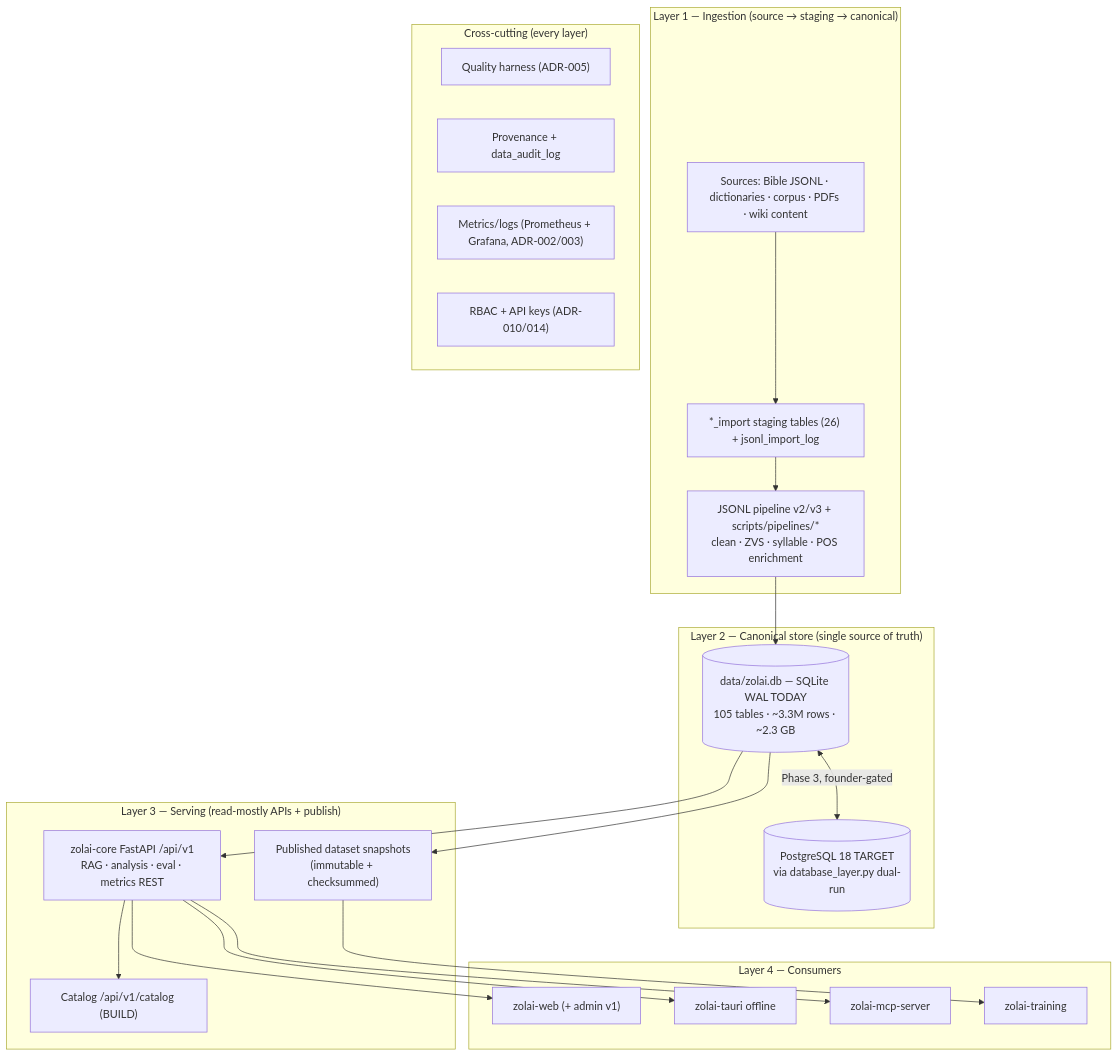
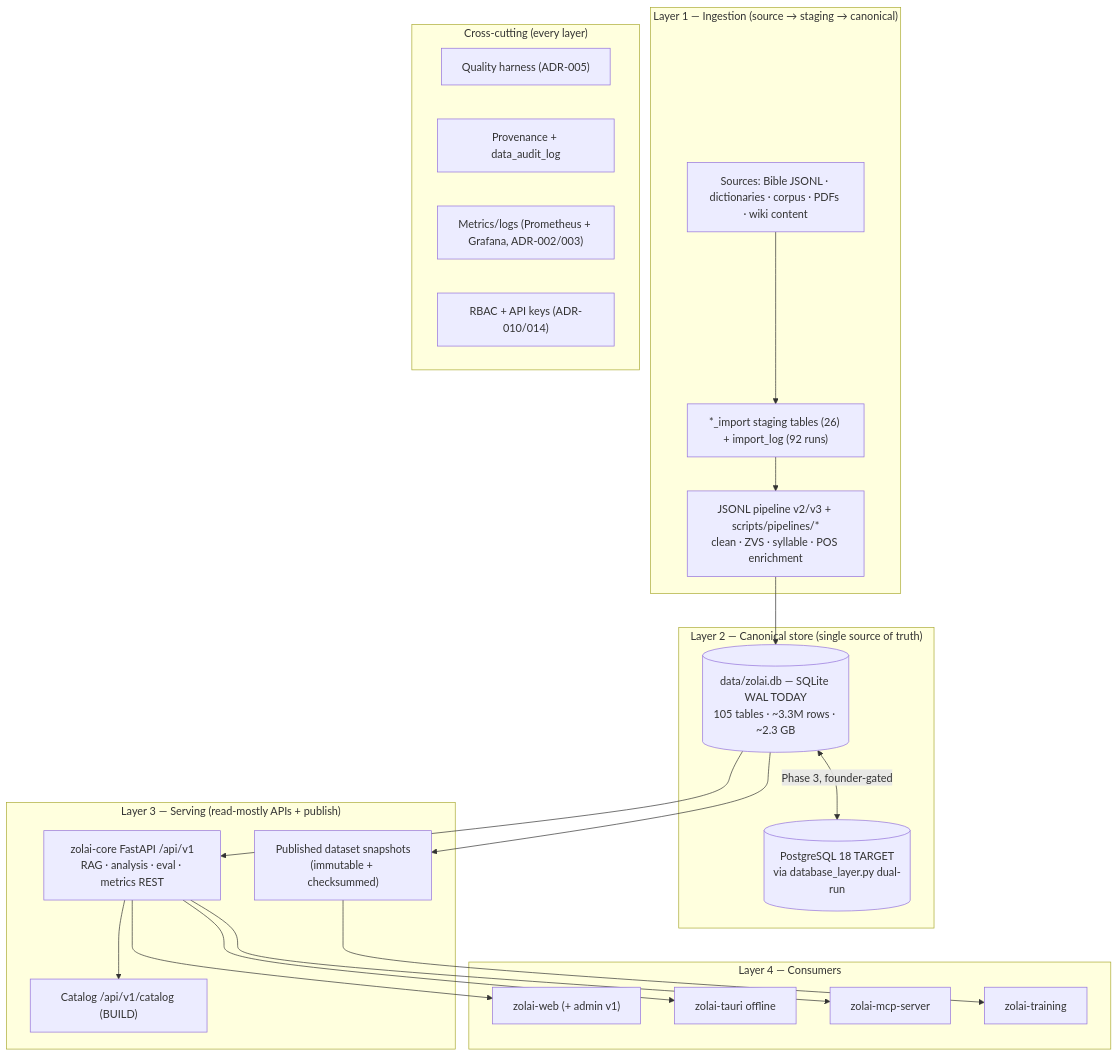
Before and after one commit to Zolai-AI/.github: the diagram in docs/architecture/data-platform.md, drawn with Mermaid. The commit also changed other lines of this file and 12 other files, not shown here.

Commit message:
docs(audit): fix import-log attribution and API route counts in data platform suite

````diff
--- a/docs/architecture/data-platform.md
+++ b/docs/architecture/data-platform.md
@@ -18,44 +18,44 @@
 ```mermaid
 flowchart TB
   subgraph L1["Layer 1 — Ingestion (source → staging → canonical)"]
     SRC["Sources: Bible JSONL · dictionaries · corpus · PDFs · wiki content"]
-    IMP["*_import staging tables (26) + jsonl_import_log"]
+    IMP["*_import staging tables (26) + import_log (92 runs)"]
     PIPE["JSONL pipeline v2/v3 + scripts/pipelines/*<br/>clean · ZVS · syllable · POS enrichment"]
     SRC --> IMP --> PIPE
   end
 
   subgraph L2["Layer 2 — Canonical store (single source of truth)"]
     CAN[("data/zolai.db — SQLite WAL TODAY<br/>105 tables · ~3.3M rows · ~2.3 GB")]
     TARGET[("PostgreSQL 18 TARGET<br/>via database_layer.py dual-run")]
     CAN <-->|"Phase 3, founder-gated"| TARGET
   end
 
   subgraph L3["Layer 3 — Serving (read-mostly APIs + publish)"]
     API["zolai-core FastAPI /api/v1<br/>RAG · analysis · eval · metrics REST"]
     CAT["Catalog /api/v1/catalog (BUILD)"]
     PUBL["Published dataset snapshots<br/>(immutable + checksummed)"]
   end
 
   subgraph L4["Layer 4 — Consumers"]
     WEB3["zolai-web (+ admin v1)"]
     TAURI3["zolai-tauri offline"]
     MCP3["zolai-mcp-server"]
     TRAIN3["zolai-training"]
   end
 
   PIPE --> CAN
   CAN --> API
   CAN --> PUBL
   API --> CAT
   API --> WEB3
   API --> TAURI3
   API --> MCP3
   PUBL --> TRAIN3
 
   subgraph X["Cross-cutting (every layer)"]
     Q["Quality harness (ADR-005)"]
     PV["Provenance + data_audit_log"]
     OV["Metrics/logs (Prometheus + Grafana, ADR-002/003)"]
     RB["RBAC + API keys (ADR-010/014)"]
   end
 ```
````
